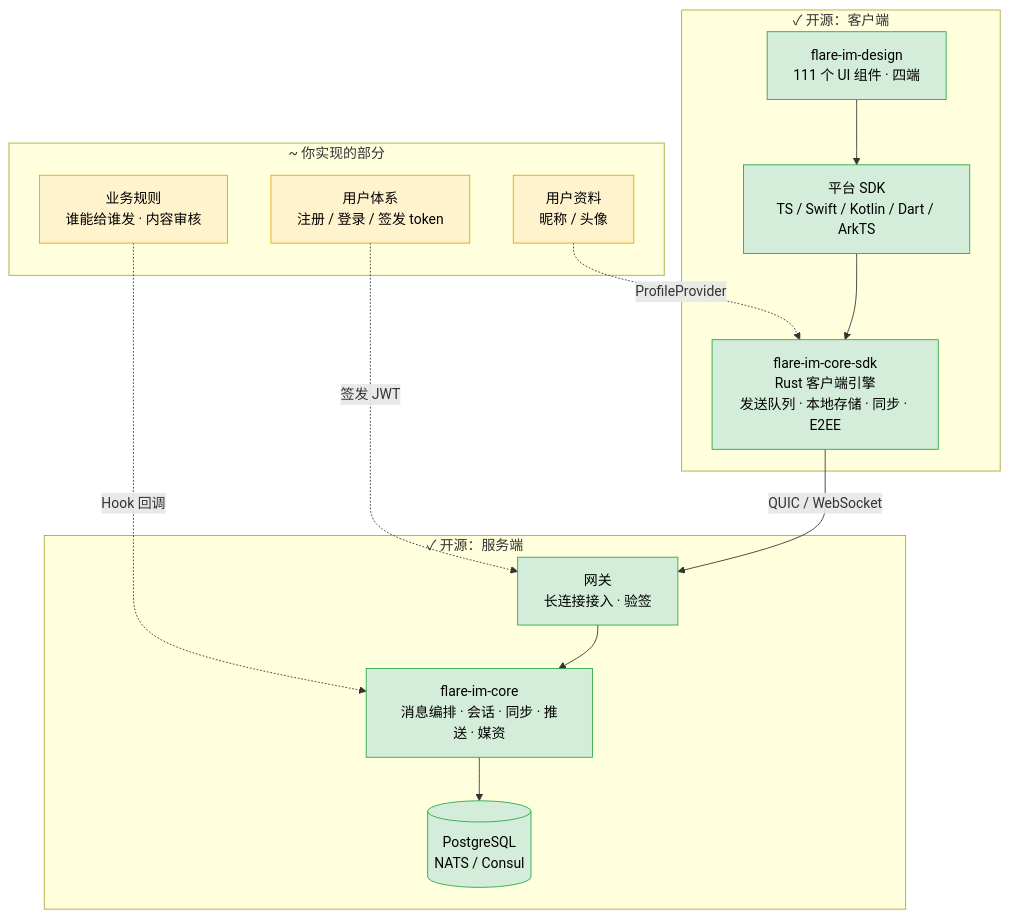
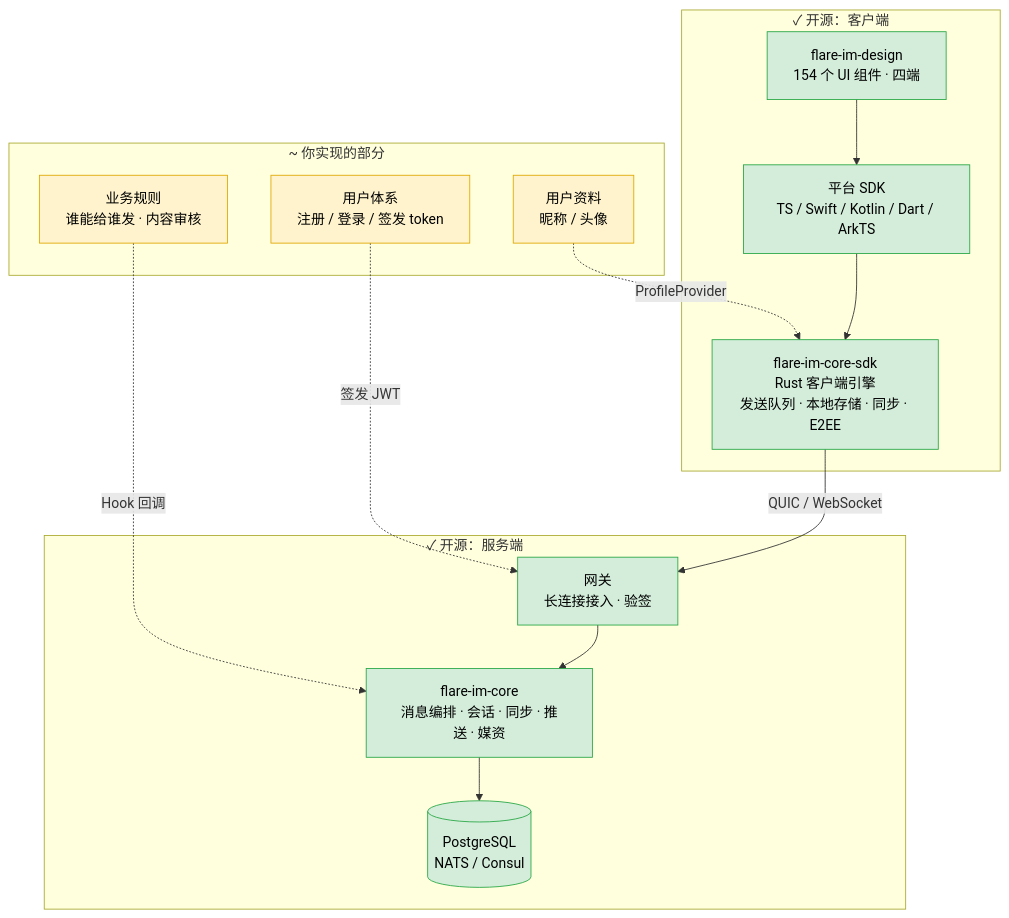
Before and after one commit to flare-im/flare-im-core-server: the first of 3 diagrams in README.zh-CN.md, drawn with Mermaid. The commit also changed other lines of this file and 2 other files, not shown here.

Commit message:
chore: README UI 组件数 111 → 154;h2 0.4.16 → 0.4.19、rustls 0.23.35 → 0.23.45
- check_readme_numbers 以同级 flare-im-design 的组件目录为准,kit 已到 154,CI 的 README 数字门禁一直红
- h2 修 RUSTSEC-2026-0258,rustls 修 RUSTSEC-2026-0285(aws-lc-rs / aws-lc-sys 随之升级),依赖审计只剩已放行的 warning

````diff
--- a/README.zh-CN.md
+++ b/README.zh-CN.md
@@ -67,32 +67,32 @@
 ```mermaid
 flowchart TB
     subgraph yours["~ 你实现的部分"]
         auth["用户体系<br/>注册 / 登录 / 签发 token"]
         rules["业务规则<br/>谁能给谁发 · 内容审核"]
         profile["用户资料<br/>昵称 / 头像"]
     end
 
     subgraph client["✓ 开源：客户端"]
-        ui["flare-im-design<br/>111 个 UI 组件 · 四端"]
+        ui["flare-im-design<br/>154 个 UI 组件 · 四端"]
         sdk["平台 SDK<br/>TS / Swift / Kotlin / Dart / ArkTS"]
         engine["flare-im-core-sdk<br/>Rust 客户端引擎<br/>发送队列 · 本地存储 · 同步 · E2EE"]
     end
 
     subgraph server["✓ 开源：服务端"]
         gw["网关<br/>长连接接入 · 验签"]
         core["flare-im-core<br/>消息编排 · 会话 · 同步 · 推送 · 媒资"]
         store[("PostgreSQL<br/>NATS / Consul")]
     end
 
     auth -. "签发 JWT" .-> gw
     rules -. "Hook 回调" .-> core
     profile -. "ProfileProvider" .-> engine
 
     ui --> sdk --> engine
     engine -- "QUIC / WebSocket" --> gw --> core --> store
 
     classDef mine fill:#FFF3CD,stroke:#E0A800,color:#000
     classDef oss fill:#D4EDDA,stroke:#28A745,color:#000
     class auth,rules,profile mine
     class ui,sdk,engine,gw,core,store oss
 ```
````
